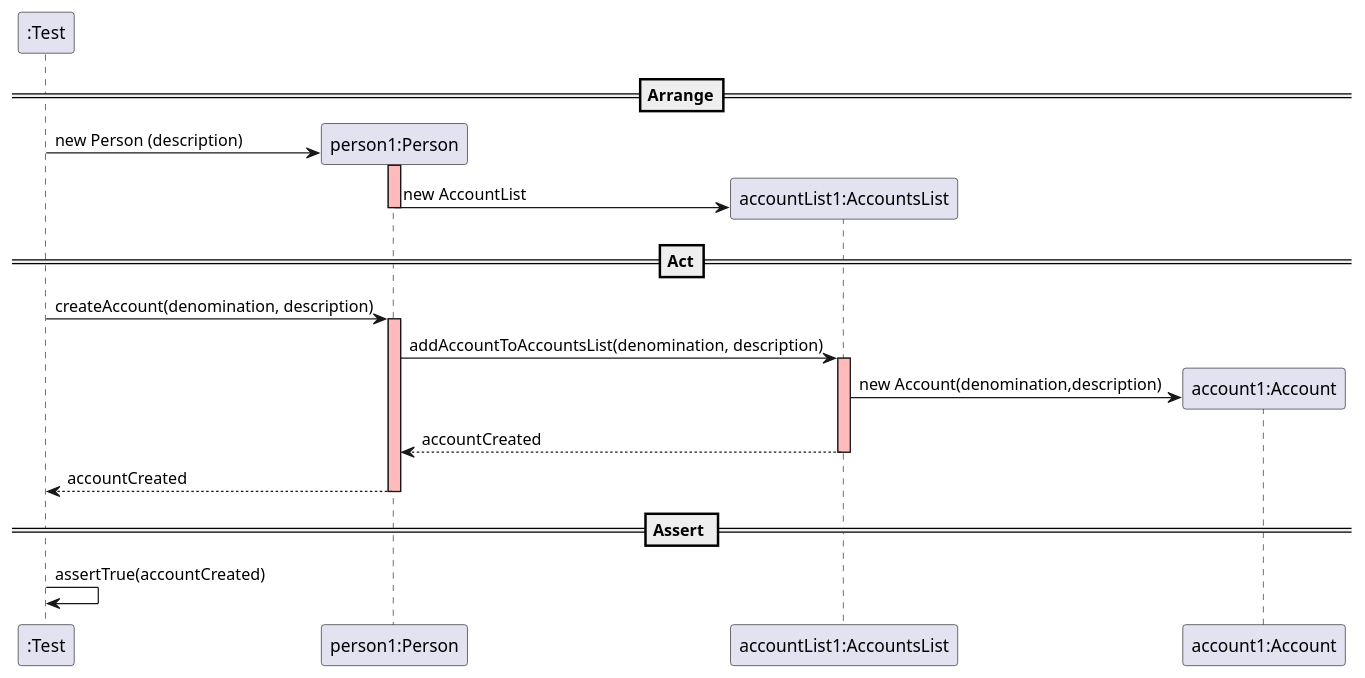
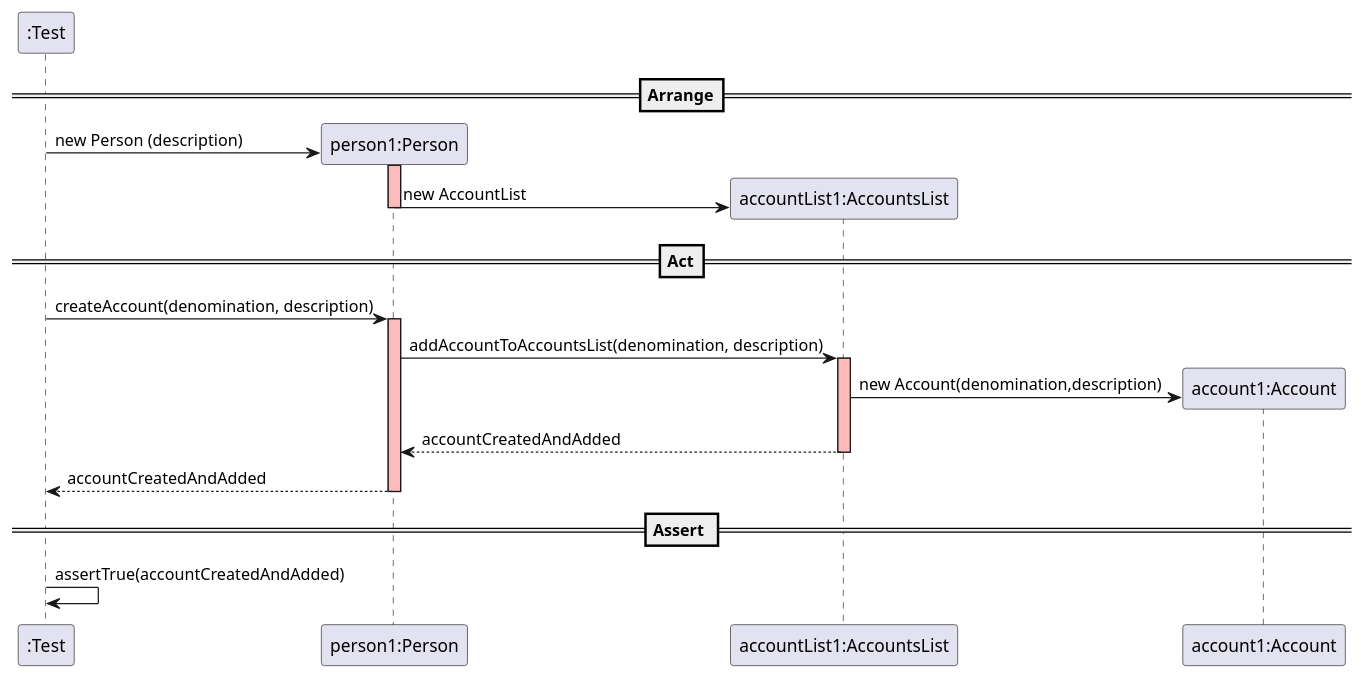
Before and after one commit to mleitaoribeiro/DevOpsMaven: the diagram in docs/SequenceDiagram - UserStory6.puml, drawn with PlantUML.

Commit message:
ref#260: Sequence Diagram - create the sequence diagram for UserStory006, new diagram with changes (CreatedAndAdded)

```diff
--- a/docs/SequenceDiagram - UserStory6.puml
+++ b/docs/SequenceDiagram - UserStory6.puml
@@ -1,34 +1,34 @@
 @startuml
 create ":Test"
 
 ==Arrange==
 
 create "person1:Person"
 ":Test" -> "person1:Person" : new Person (description)
 activate "person1:Person" #FFBBBB
 
 create "accountList1:AccountsList"
 "person1:Person" -> "accountList1:AccountsList" : new AccountList
 deactivate "person1:Person" #FFBBBB
 
 
 ==Act==
 ":Test" -> "person1:Person" : createAccount(denomination, description)
 activate "person1:Person" #FFBBBB
 
 "person1:Person" -> "accountList1:AccountsList" : addAccountToAccountsList(denomination, description)
 activate "accountList1:AccountsList" #FFBBBB
 
 create "account1:Account"
 "accountList1:AccountsList" -> "account1:Account" : new Account(denomination,description)
 
-"accountList1:AccountsList" --> "person1:Person" : accountCreated
+"accountList1:AccountsList" --> "person1:Person" : accountCreatedAndAdded
 deactivate "accountList1:AccountsList" #FFBBBB
 
-"person1:Person" --> ":Test" : accountCreated
+"person1:Person" --> ":Test" : accountCreatedAndAdded
 deactivate "person1:Person" #FFBBBB
 
 == Assert ==
 
-":Test" -> ":Test" : assertTrue(accountCreated)
+":Test" -> ":Test" : assertTrue(accountCreatedAndAdded)
 @enduml
```
